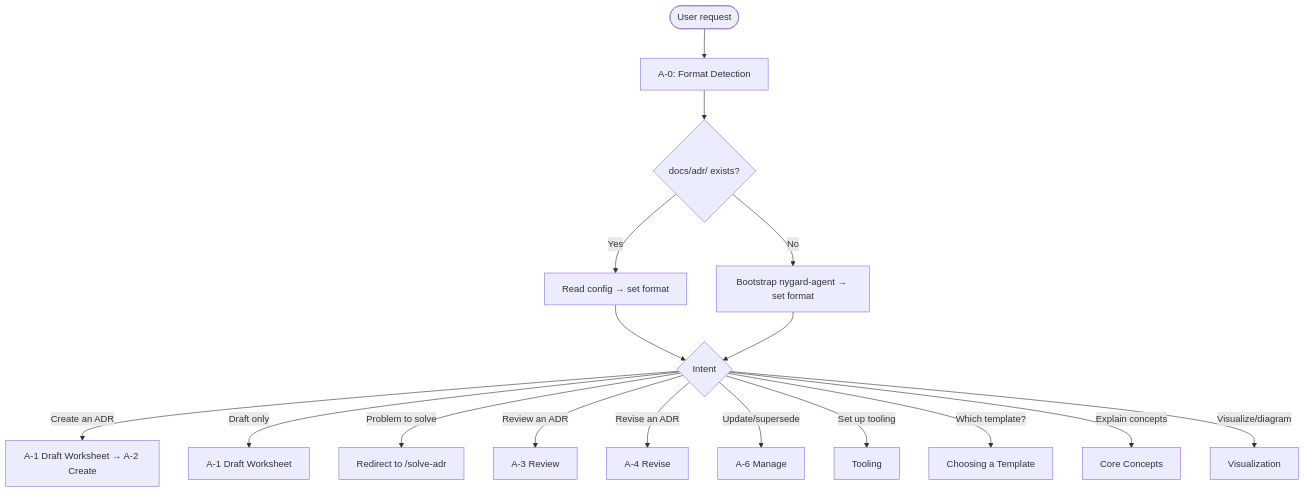
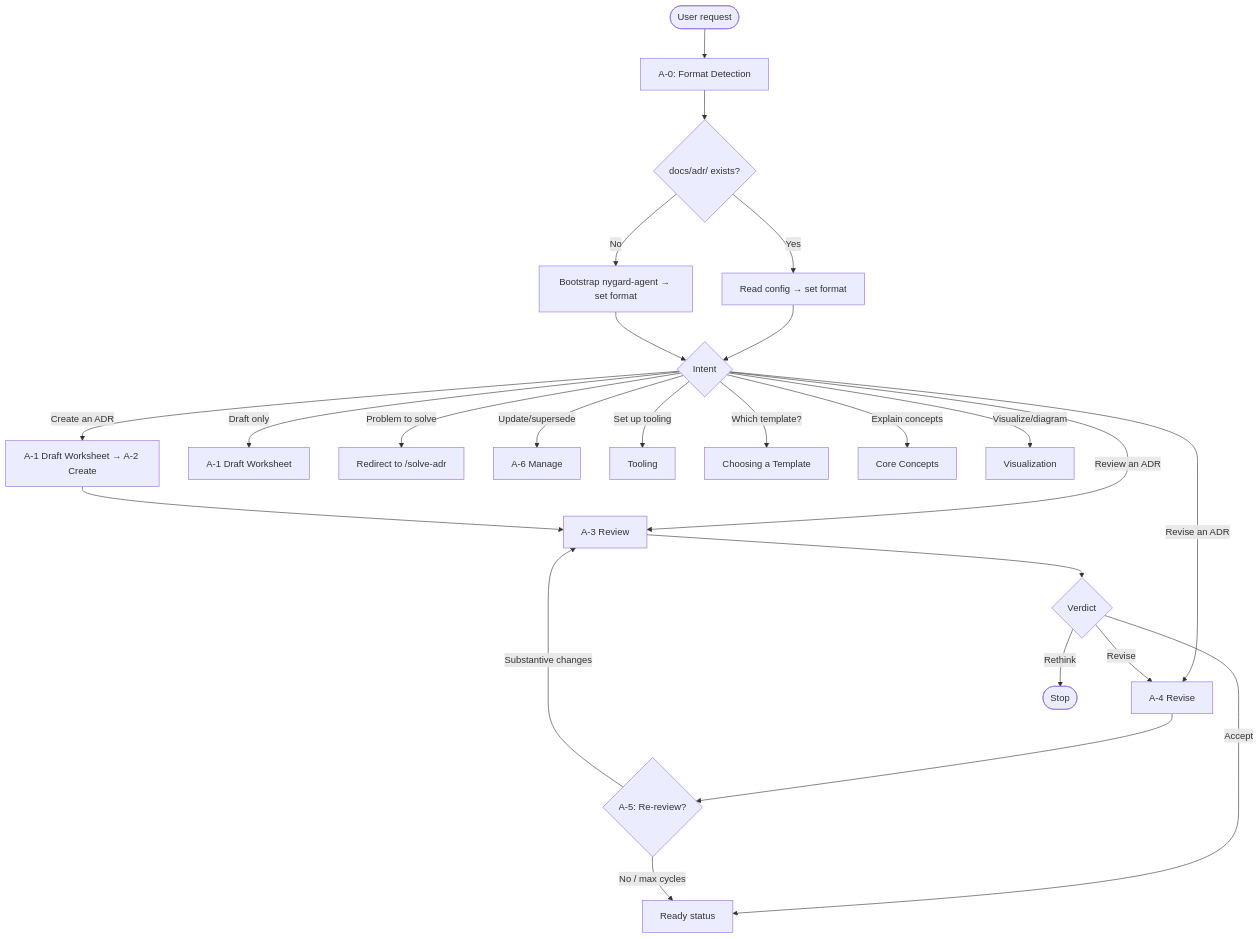
Before and after one commit to juliusl/adr-skill: the diagram in src/skills/author-adr/SKILL.md, drawn with Mermaid. The commit also changed 6 other files, not shown here.

````diff
--- a/src/skills/author-adr/SKILL.md
+++ b/src/skills/author-adr/SKILL.md
@@ -62,19 +62,27 @@
 ```mermaid
 flowchart TD
     Start([User request]) --> A0[A-0: Format Detection]
     A0 --> Exists{docs/adr/ exists?}
     Exists -- Yes --> ReadConfig[Read config → set format]
     Exists -- No --> Bootstrap[Bootstrap nygard-agent → set format]
     ReadConfig --> Route{Intent}
     Bootstrap --> Route
     Route -- Create an ADR --> A1A2[A-1 Draft Worksheet → A-2 Create]
     Route -- Draft only --> A1[A-1 Draft Worksheet]
     Route -- Problem to solve --> Redirect[Redirect to /solve-adr]
     Route -- Review an ADR --> A3[A-3 Review]
     Route -- Revise an ADR --> A4[A-4 Revise]
     Route -- Update/supersede --> A6[A-6 Manage]
     Route -- Set up tooling --> Tooling[Tooling]
     Route -- Which template? --> Template[Choosing a Template]
     Route -- Explain concepts --> Concepts[Core Concepts]
     Route -- Visualize/diagram --> Viz[Visualization]
+    A1A2 --> A3
+    A3 --> Verdict{Verdict}
+    Verdict -- Accept --> Ready[Ready status]
+    Verdict -- Revise --> A4
+    Verdict -- Rethink --> Stop([Stop])
+    A4 --> A5{A-5: Re-review?}
+    A5 -- Substantive changes --> A3
+    A5 -- No / max cycles --> Ready
 ```
````
